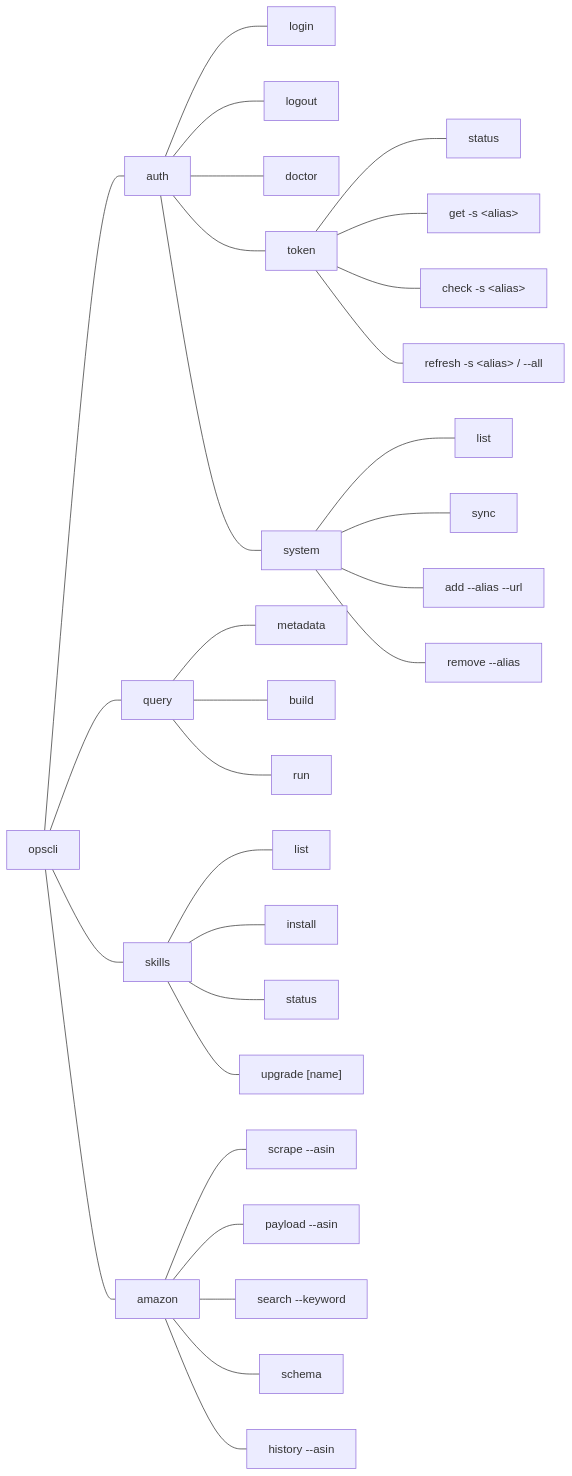
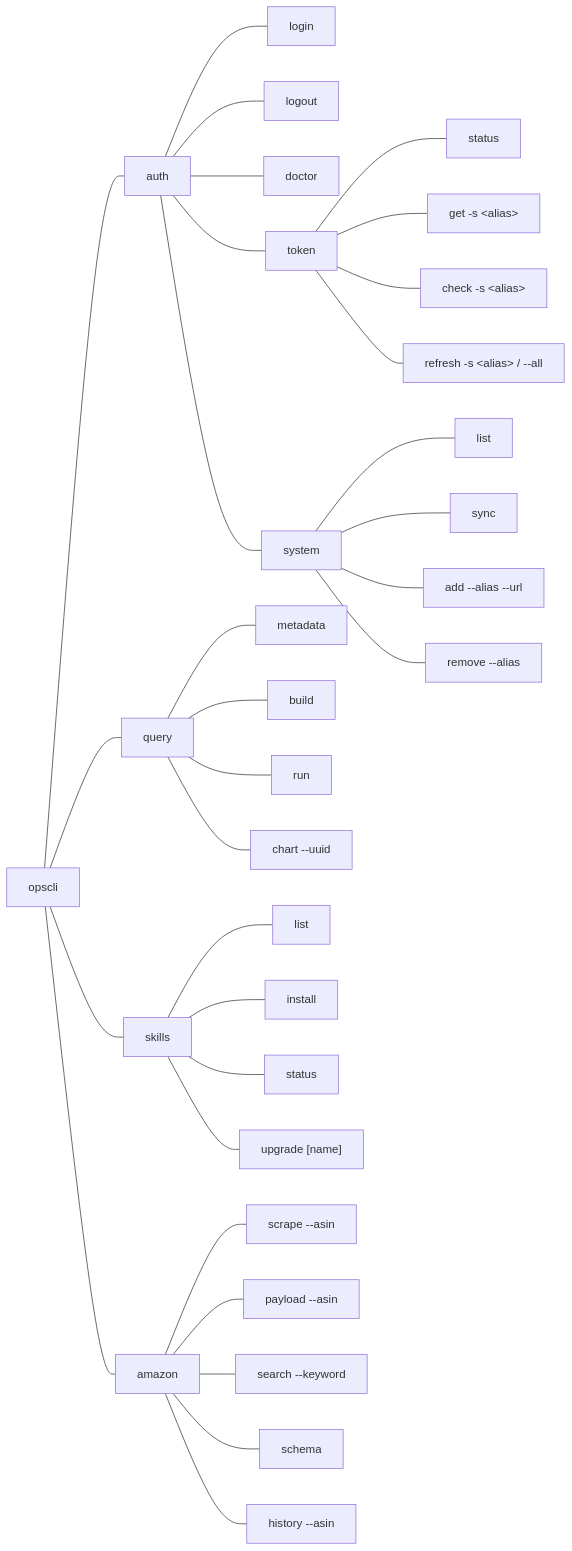
One commit to pengjianchao250/open-opscli changed the fifth of 7 diagrams in README.md. Above: the diagram before and after it, drawn with Mermaid. The commit also changed other lines of this file and 10 other files, not shown here.

````diff
--- a/README.md
+++ b/README.md
@@ -251,39 +252,40 @@
 ```mermaid
 graph LR
     Root["opscli"]
     Root --- Auth["auth"]
     Root --- Query["query"]
     Root --- Skills["skills"]
     Root --- Amazon["amazon"]
 
     Auth --- login
     Auth --- logout
     Auth --- doctor
     Auth --- Token["token"]
     Auth --- System["system"]
 
     Token --- token_status["status"]
     Token --- token_get["get -s &lt;alias&gt;"]
     Token --- token_check["check -s &lt;alias&gt;"]
     Token --- token_refresh["refresh -s &lt;alias&gt; / --all"]
 
     System --- sys_list["list"]
     System --- sys_sync["sync"]
     System --- sys_add["add --alias --url"]
     System --- sys_remove["remove --alias"]
 
     Query --- query_metadata["metadata"]
     Query --- query_build["build"]
     Query --- query_run["run"]
+    Query --- query_chart["chart --uuid"]
 
     Skills --- skills_list["list"]
     Skills --- skills_install["install <name>"]
     Skills --- skills_status["status"]
     Skills --- skills_upgrade["upgrade [name]"]
 
     Amazon --- amazon_scrape["scrape --asin"]
     Amazon --- amazon_payload["payload --asin"]
     Amazon --- amazon_search["search --keyword"]
     Amazon --- amazon_schema["schema"]
     Amazon --- amazon_history["history --asin"]
 ```
````
